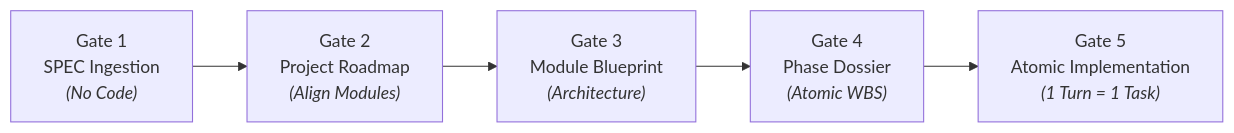
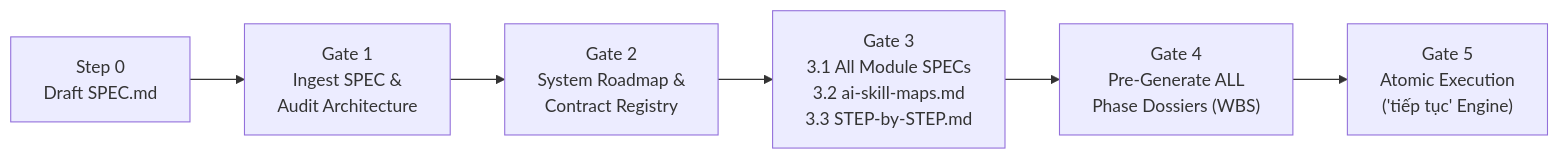
One commit to chien5572/ntc-micro-harness changed the diagram in README.md. Above: the diagram before and after it, drawn with Mermaid. The commit also changed other lines of this file and 23 other files, not shown here.

Commit message:
feat(v2.0): upgrade to NTC Micro Harness v2.0 with module specs, skill maps, step-by-step playbook, and one-liner installers

````diff
--- a/README.md
+++ b/README.md
@@ -85,7 +182,8 @@
 ```mermaid
 flowchart LR
-    G1["Gate 1<br/>SPEC Ingestion<br/><i>(No Code)</i>"] --> G2["Gate 2<br/>Project Roadmap<br/><i>(Align Modules)</i>"]
-    G2 --> G3["Gate 3<br/>Module Blueprint<br/><i>(Architecture)</i>"]
-    G3 --> G4["Gate 4<br/>Phase Dossier<br/><i>(Atomic WBS)</i>"]
-    G4 --> G5["Gate 5<br/>Atomic Implementation<br/><i>(1 Turn = 1 Task)</i>"]
+    S0["Step 0<br/>Draft SPEC.md"] --> G1["Gate 1<br/>Ingest SPEC &<br/>Audit Architecture"]
+    G1 --> G2["Gate 2<br/>System Roadmap &<br/>Contract Registry"]
+    G2 --> G3["Gate 3<br/>3.1 All Module SPECs<br/>3.2 ai-skill-maps.md<br/>3.3 STEP-by-STEP.md"]
+    G3 --> G4["Gate 4<br/>Pre-Generate ALL<br/>Phase Dossiers (WBS)"]
+    G4 --> G5["Gate 5<br/>Atomic Execution<br/>('tiếp tục' Engine)"]
 ```
````
